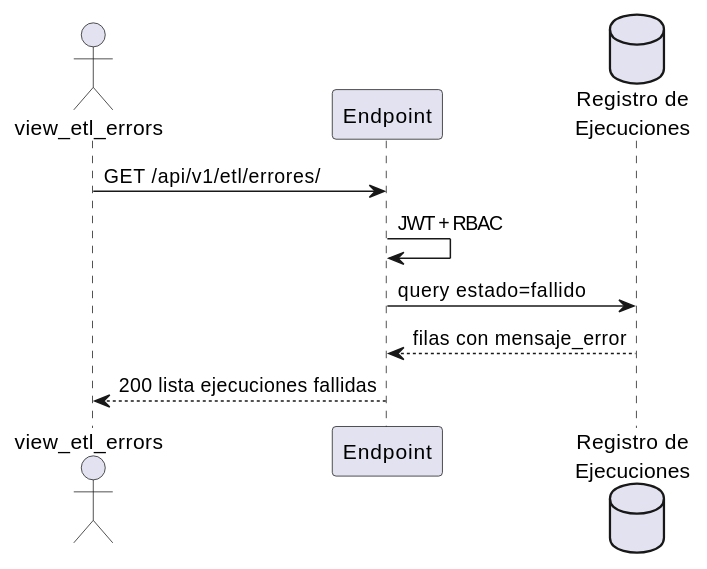
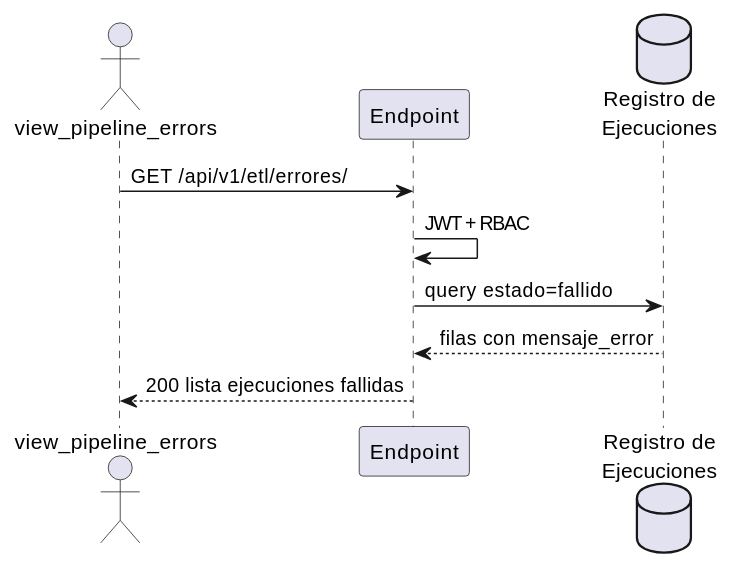
One commit to jcg-admin/IACT-docs changed the fourth of 4 diagrams in source/requisitos/casos-uso/pipeline/uc-pip-02/diagramas-uml.rst. Above: the diagram before and after it, drawn with PlantUML. The commit also changed other lines of this file and 157 other files, not shown here.

First line of the commit message:
Enforce catalog function names across all diagrams

```diff
--- a/source/requisitos/casos-uso/pipeline/uc-pip-02/diagramas-uml.rst
+++ b/source/requisitos/casos-uso/pipeline/uc-pip-02/diagramas-uml.rst
@@ -54,12 +54,12 @@
 .. uml::
 
  @startuml
- actor "view_etl_errors" as U
+ actor "view_pipeline_errors" as U
  participant "Endpoint" as E
  database "Registro de\nEjecuciones" as R
  U -> E: GET /api/v1/etl/errores/
  E -> E: JWT + RBAC
  E -> R: query estado=fallido
  R --> E: filas con mensaje_error
  E --> U: 200 lista ejecuciones fallidas
  @enduml
```
